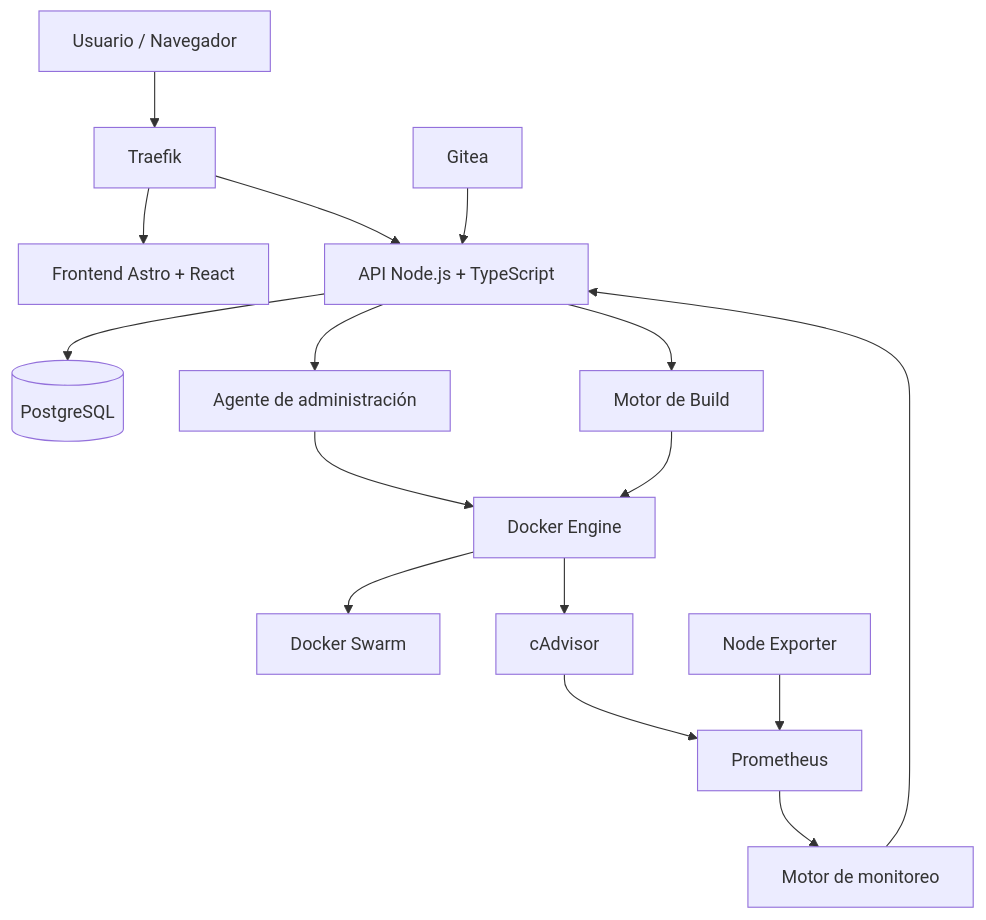
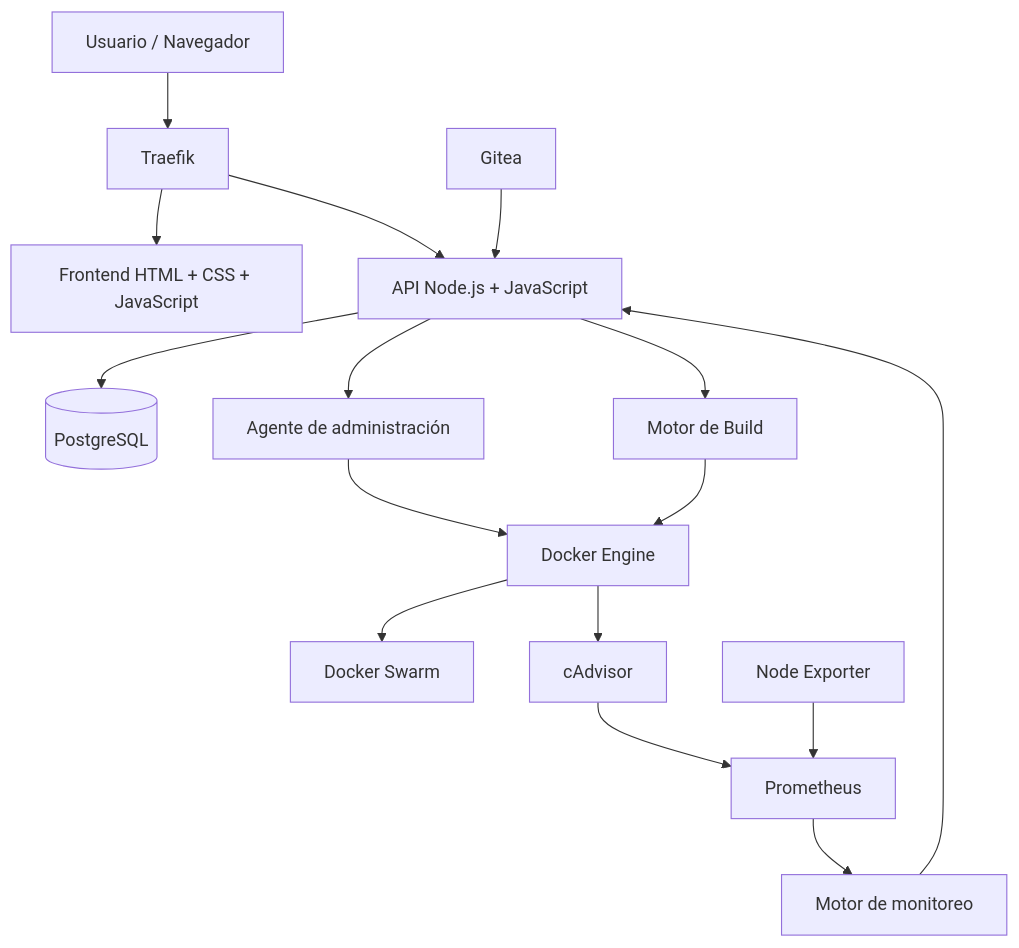
Before and after one commit to self-david/baco-vps-visor: the diagram in readme.md, drawn with Mermaid. The commit also changed other lines of this file and 44 other files, not shown here.

````diff
--- a/readme.md
+++ b/readme.md
@@ -57,33 +57,33 @@
 ```mermaid
 flowchart TD
     U[Usuario / Navegador]
     G[Traefik]
-    F[Frontend Astro + React]
-    A[API Node.js + TypeScript]
+    F[Frontend HTML + CSS + JavaScript]
+    A[API Node.js + JavaScript]
     DB[(PostgreSQL)]
     AG[Agente de administración]
     D[Docker Engine]
     S[Docker Swarm]
     GT[Gitea]
     B[Motor de Build]
     M[Prometheus]
     C[cAdvisor]
     N[Node Exporter]
     MON[Motor de monitoreo]
 
     U --> G
     G --> F
     G --> A
     A --> DB
     A --> AG
     AG --> D
     D --> S
     GT --> A
     A --> B
     B --> D
     C --> M
     N --> M
     D --> C
     M --> MON
     MON --> A
 ```
````
